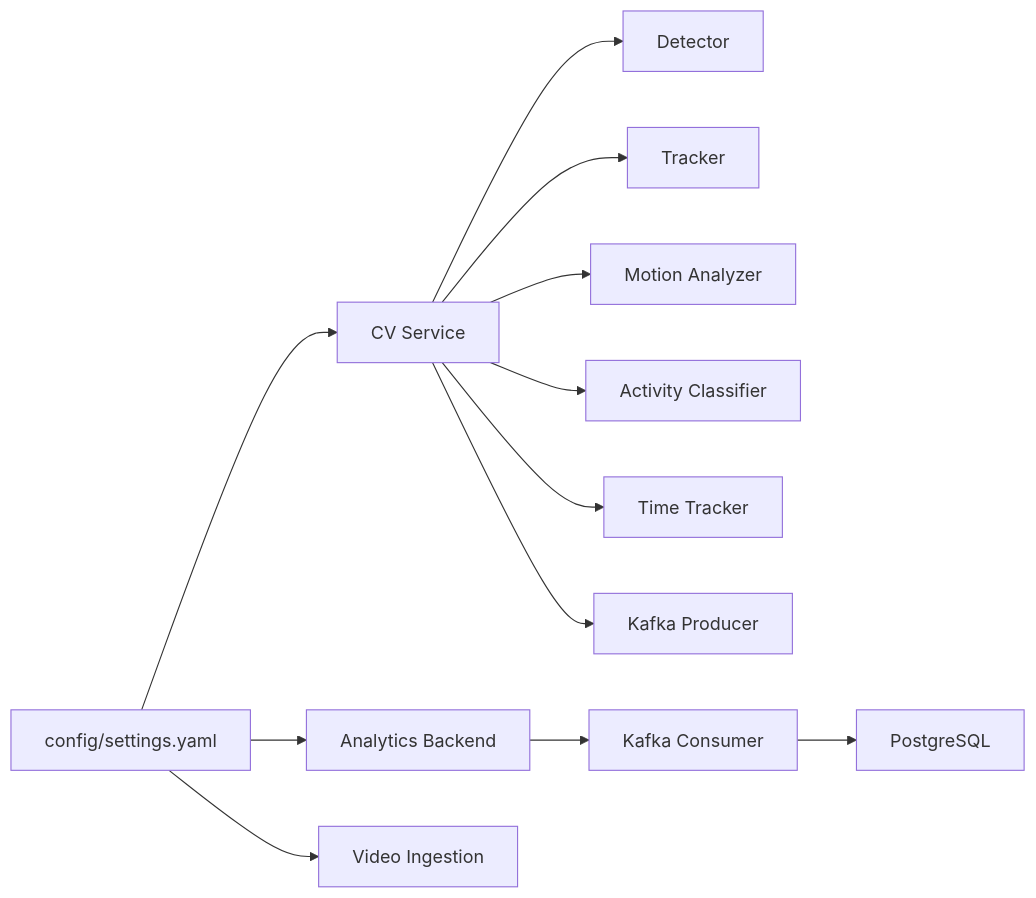
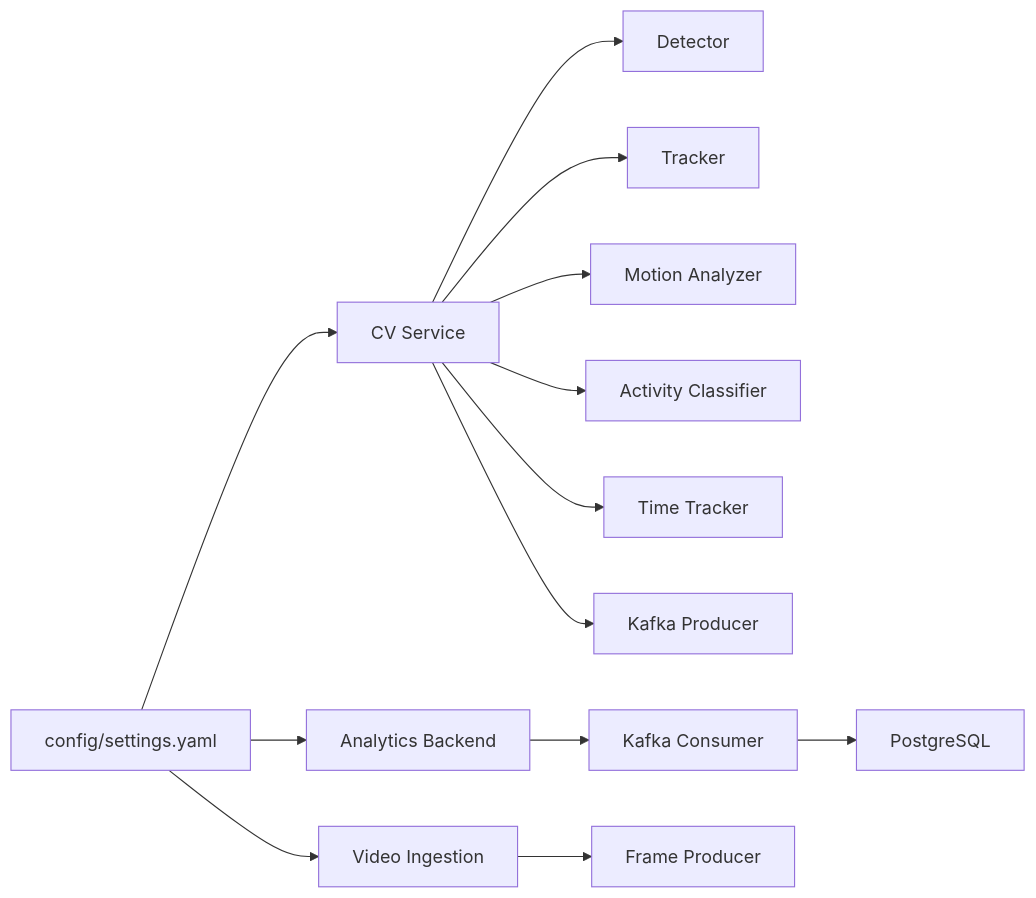
One commit to Azzoz-189/construction-equipment-monitoring changed the third of 3 diagrams in .qoder/repowiki/en/content/Configuration Management.md. Above: the diagram before and after it, drawn with Mermaid. The commit also changed other lines of this file and 6 other files, not shown here.

````diff
--- a/.qoder/repowiki/en/content/Configuration Management.md
+++ b/.qoder/repowiki/en/content/Configuration Management.md
@@ -289,14 +345,15 @@
 ```mermaid
 graph LR
 CFG["config/settings.yaml"] --> CV["CV Service"]
 CFG --> AB["Analytics Backend"]
 CFG --> VI["Video Ingestion"]
 CV --> DET["Detector"]
 CV --> TRK["Tracker"]
 CV --> MA["Motion Analyzer"]
 CV --> AC["Activity Classifier"]
 CV --> TT["Time Tracker"]
 CV --> KP["Kafka Producer"]
 AB --> KC["Kafka Consumer"]
 KC --> DB["PostgreSQL"]
+VI --> FP["Frame Producer"]
 ```
````
